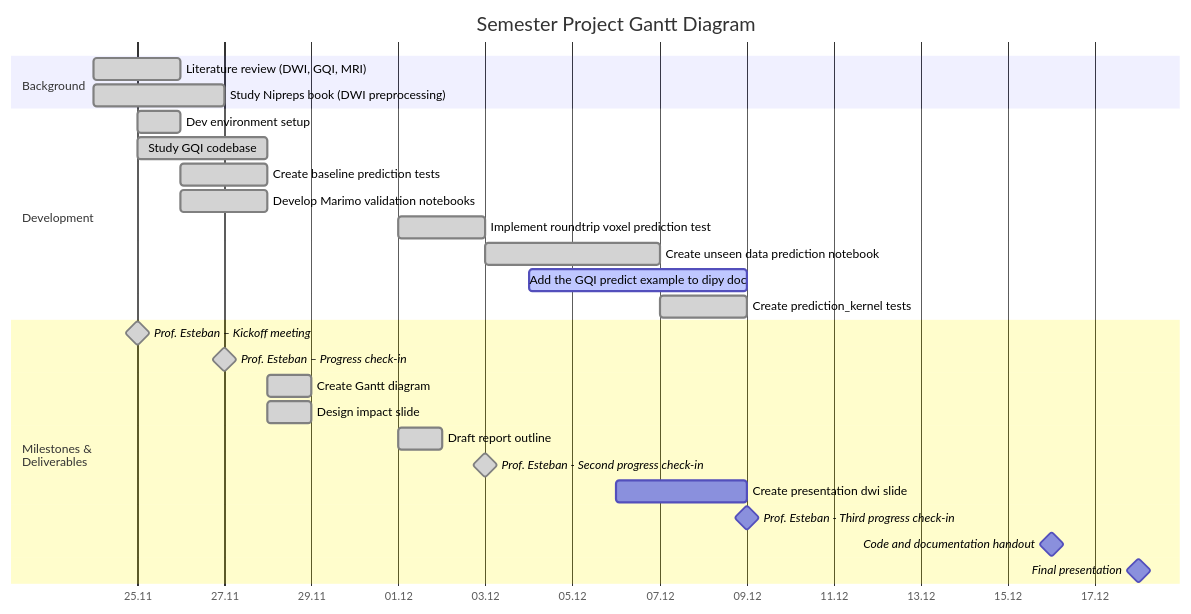
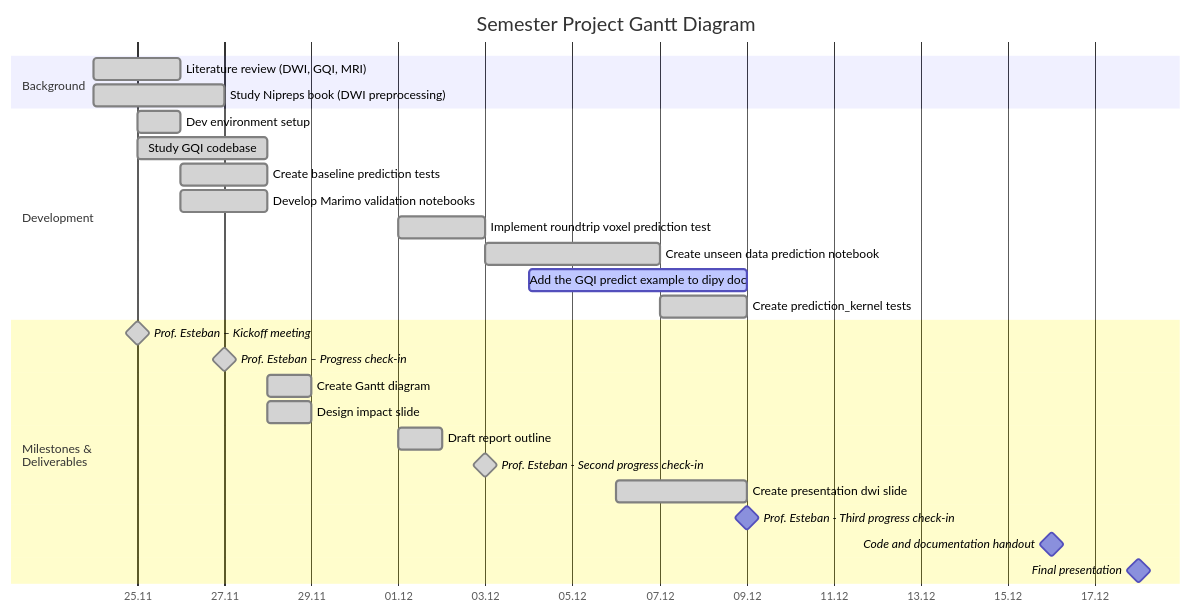
Before and after one commit to MadeInShineA/303.1-semester-project: the diagram in src/index.qmd, drawn with Mermaid. The commit also changed 4 other files, not shown here.

Commit message:
Updated daily journal + Gantt diagram + dipy submodule

````diff
--- a/src/index.qmd
+++ b/src/index.qmd
@@ -20,37 +20,37 @@
 ```{mermaid}
 gantt
 
     title Semester Project Gantt Diagram
     dateFormat DD.MM.YYYY
     axisFormat %d.%m
 
     section Background
         Literature review (DWI, GQI, MRI)       :done,         research,       24.11.2025, 2d
         Study Nipreps book (DWI preprocessing)  :done,         nipreps,        24.11.2025, 3d
 
     section Development
         Dev environment setup                   :done,         devenv,         25.11.2025, 1d
         Study GQI codebase                      :done,         codebase,       25.11.2025, 3d
         Create baseline prediction tests        :done,         simple_tests,   26.11.2025, 2d
         Develop Marimo validation notebooks     :done,         notebooks,      26.11.2025, 2d
         Implement roundtrip voxel prediction test :done,       cross_tests,    01.12.2025, 2d
         Create unseen data prediction notebook  :done,       unseen_data,    03.12.2025, 4d
         Add the GQI predict example to dipy doc :active,       predict_example,04.12.2025, 09.12.2025
         Create prediction_kernel tests          :done,              prediction_kernel ,07.12.2025, 2d
 
       
         
 
     section Milestones & <br>Deliverables
         Prof. Esteban – Kickoff meeting         :done,         milestone,      25.11.2025, 0d
         Prof. Esteban – Progress check-in       :done,         milestone,      27.11.2025, 0d
         Create Gantt diagram                    :done,         gantt,          28.11.2025, 1d
         Design impact slide                     :done,         impact,         28.11.2025, 1d
         Draft report outline                    :done,         r_draft,        01.12.2025, 1d
         Prof. Esteban - Second progress check-in:done,         milestone,      03.12.2025, 0d
-        Create presentation dwi slide           :              p_draft,        06.12.2025, 09.12.2025 
+        Create presentation dwi slide           :done,         p_draft,        06.12.2025, 09.12.2025 
         Prof. Esteban - Third progress check-in :              milestone,      09.12.2025, 0d
         Code and documentation handout          :              milestone,      16.12.2025, 0d
         Final presentation                      :              milestone,      18.12.2025, 0d
         
 ```
````
